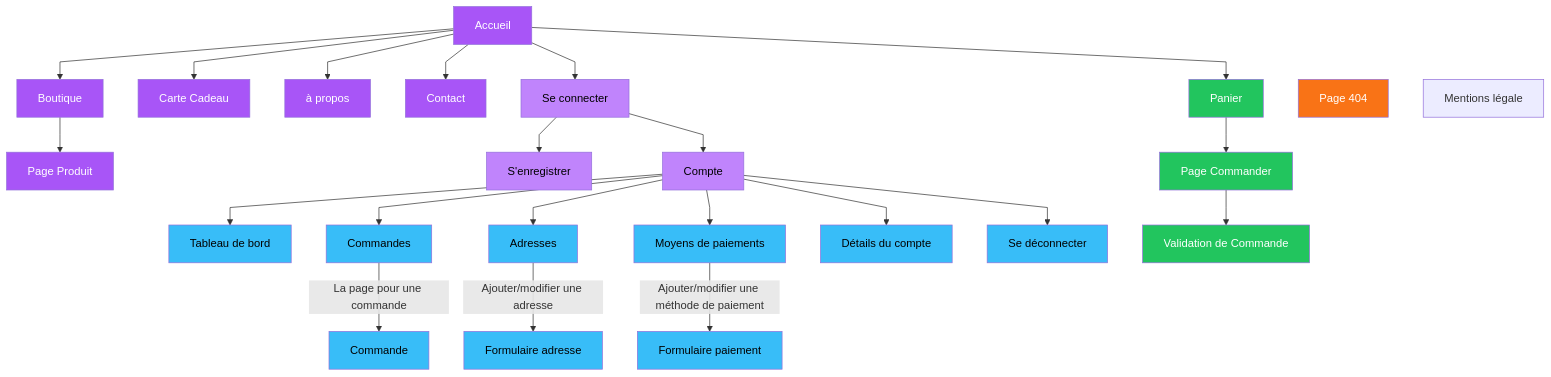
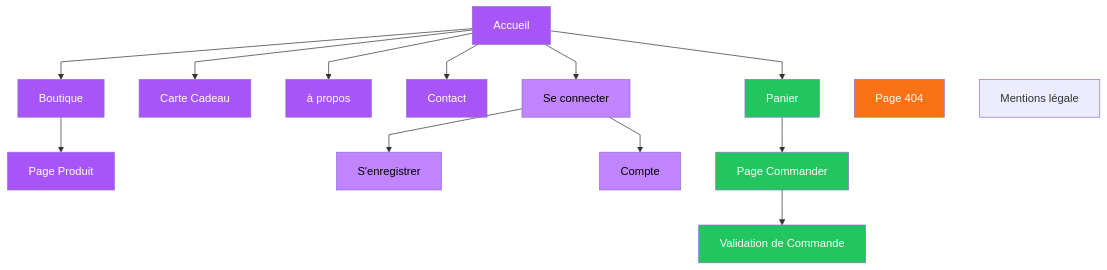
The diagram in presentation/slides.md (gaetanGerard/eafc-tfe-presentation), drawn with Mermaid before and after one commit. The commit also changed other lines of this file and 1 other file, not shown here.

````diff
--- a/presentation/slides.md
+++ b/presentation/slides.md
@@ -210,35 +176,28 @@
 ```mermaid
 %%{init: {'theme': 'default', 'flowchart': {'curve': 'linear'}}}%%
 graph TD
     Accueil --> Boutique
     Boutique --> PageProduit["Page Produit"]
     Accueil --> CarteCadeau["Carte Cadeau"]
     Accueil --> APropos["à propos"]
     Accueil --> Contact
     Accueil --> SeConnecter["Se connecter"]
     SeConnecter --> SEnregistrer["S'enregistrer"]
     SeConnecter --> Compte
     Accueil --> Panier
     Panier --> PageCommander["Page Commander"] --> ValidationCommande["Validation de Commande"]
     Accueil ~~~ Page404["Page 404"]
     Accueil ~~~ MentionsLégale["Mentions légale"]
 
-    Compte --> TableauDeBord["Tableau de bord"]
-    Compte --> Commandes --> |La page pour une commande| Commande
-    Compte --> Adresses --> |Ajouter/modifier une adresse| FormulaireAdresse["Formulaire adresse"]
-    Compte --> MoyensPaiement["Moyens de paiements"] --> |Ajouter/modifier une méthode de paiement| FormulairePaiement["Formulaire paiement"]
-    Compte --> DetailsCompte["Détails du compte"]
-    Compte --> SeDeconnecter["Se déconnecter"]
-
     classDef menu fill:#a855f7,color:white;
     classDef panier fill:#22c55e,color:white;
     classDef compte fill:#c084fc,color:black;
     classDef compteConnecte fill:#38bdf8,color:black;
     classDef condition fill:#f97316,color:white;
 
     class Accueil,Boutique,CarteCadeau,APropos,Contact,PageProduit menu;
     class Panier,PageCommander,ValidationCommande panier;
     class SeConnecter,SEnregistrer,Compte compte;
     class TableauDeBord,Commandes,Commande,Adresses,FormulaireAdresse,MoyensPaiement,FormulairePaiement,DetailsCompte,SeDeconnecter compteConnecte;
     class Page404 condition;
 ```
````
